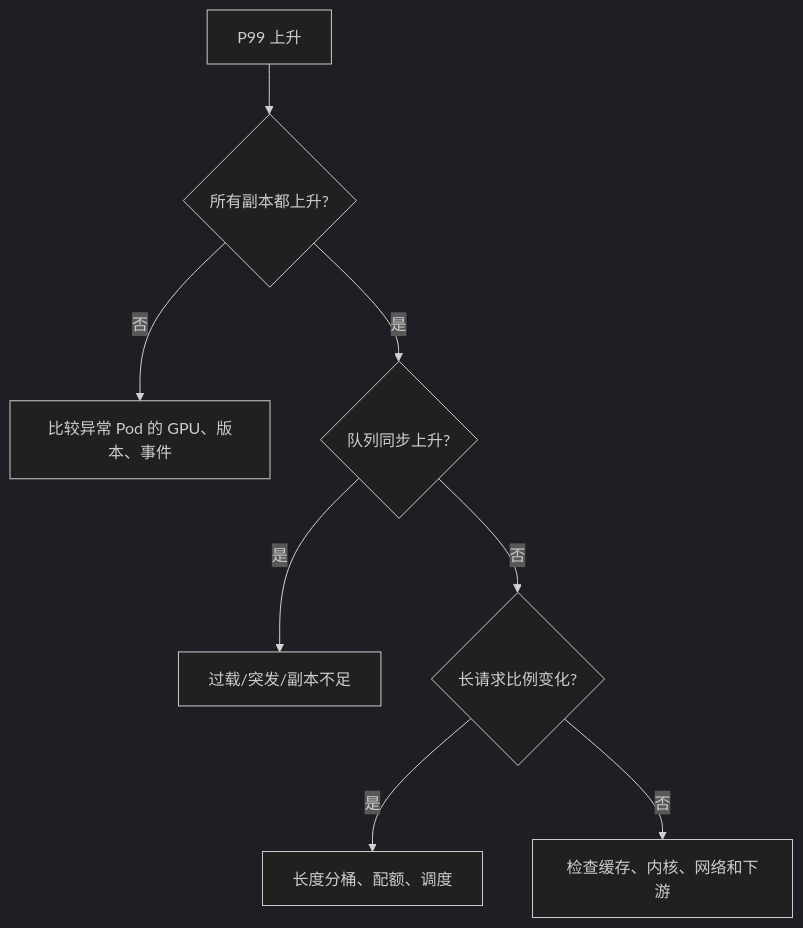
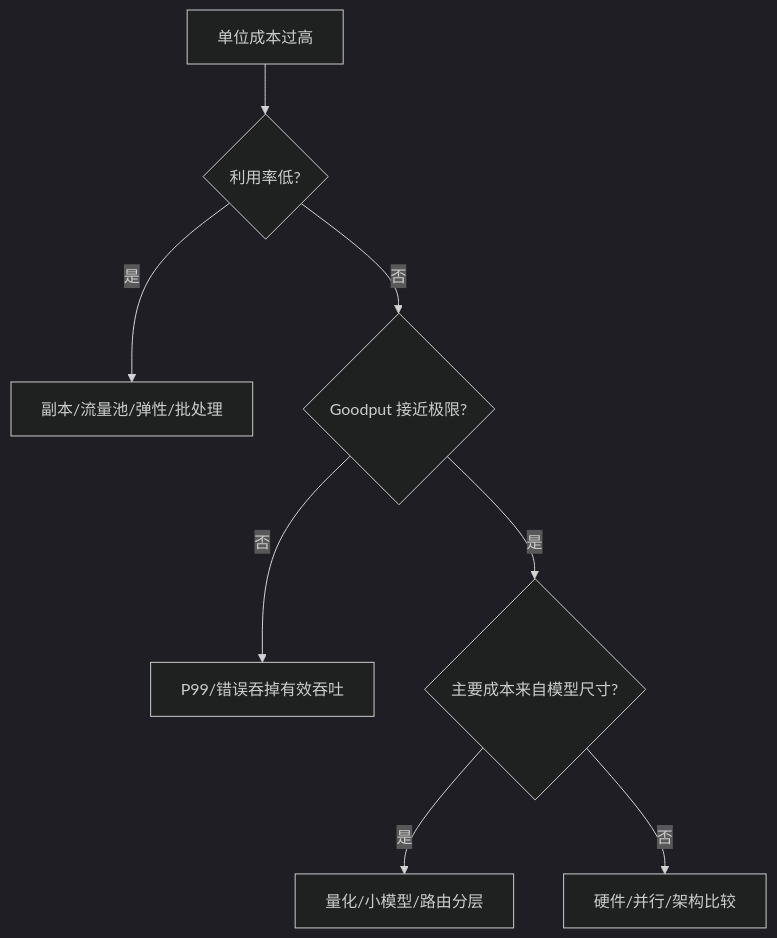
One commit to caomaolufei/AIInfraGuide changed the ninth of 9 diagrams in docs/guides/模块四-推理优化/第11章-推理优化选型与端到端实战/11.1-优化选型决策树.md. Above: the diagram before and after it, drawn with Mermaid (dark theme). The commit also changed other lines of this file and 53 other files, not shown here.

````diff
--- a/docs/guides/模块四-推理优化/第11章-推理优化选型与端到端实战/11.1-优化选型决策树.md
+++ b/docs/guides/模块四-推理优化/第11章-推理优化选型与端到端实战/11.1-优化选型决策树.md
@@ -244,10 +736,10 @@
 ```mermaid
 flowchart TD
-    P["P99 上升"] --> Q{"所有副本都上升?"}
-    Q -->|否| R["比较异常 Pod 的 GPU、版本、事件"]
-    Q -->|是| S{"队列同步上升?"}
-    S -->|是| T["过载/突发/副本不足"]
-    S -->|否| U{"长请求比例变化?"}
-    U -->|是| V["长度分桶、配额、调度"]
-    U -->|否| W["检查缓存、内核、网络和下游"]
+    C["单位成本过高"] --> U{"利用率低?"}
+    U -->|是| U1["副本/流量池/弹性/批处理"]
+    U -->|否| G{"Goodput 接近极限?"}
+    G -->|否| G1["P99/错误吞掉有效吞吐"]
+    G -->|是| M{"主要成本来自模型尺寸?"}
+    M -->|是| M1["量化/小模型/路由分层"]
+    M -->|否| M2["硬件/并行/架构比较"]
 ```
````
